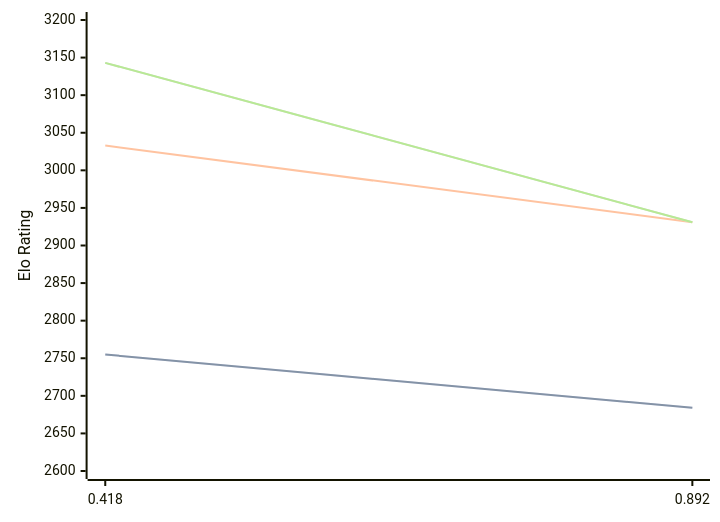
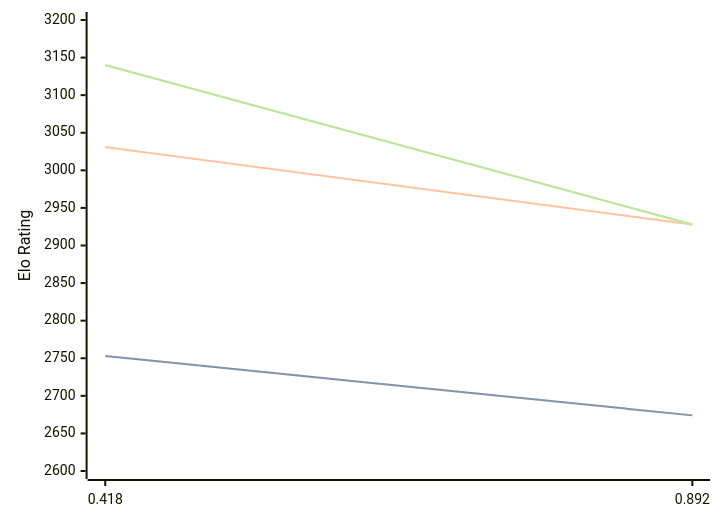
Before and after one commit to computer-chess-index/cci: the diagram in engines/Malika.md, drawn with Mermaid. The commit also changed other lines of this file, not shown here.

Commit message:
Update CCI Ratings (ELO VLTC) - 2026-03-10

````diff
--- a/engines/Malika.md
+++ b/engines/Malika.md
@@ -30,11 +30,11 @@
 ```mermaid
 %%{init: {"theme":"base","themeVariables":{"seriesColors:['#a3a3a3','#222221','#faa371']}}}%%
 xychart-beta
   x-axis ["0.418", "0.892"]
   y-axis "Elo Rating" 2600 --> 3200
-  line "STC (8.0+0.08s)" [2755, 2684]
-  line "STC (8.0+0.08s)" [2755, 2684]
-  line "LTC (60.0+0.60s)" [3033, 2931]
-  line "VLTC (2m24s+1.12s)" [3143, 2931]
-  line "VLTC (2m24s+1.12s)" [3143, 2931]
+  line "STC (8.0+0.08s)" [2753, 2674]
+  line "STC (8.0+0.08s)" [2753, 2674]
+  line "LTC (60.0+0.60s)" [3031, 2928]
+  line "VLTC (2m24s+1.12s)" [3140, 2928]
+  line "VLTC (2m24s+1.12s)" [3140, 2928]
 ```
````
